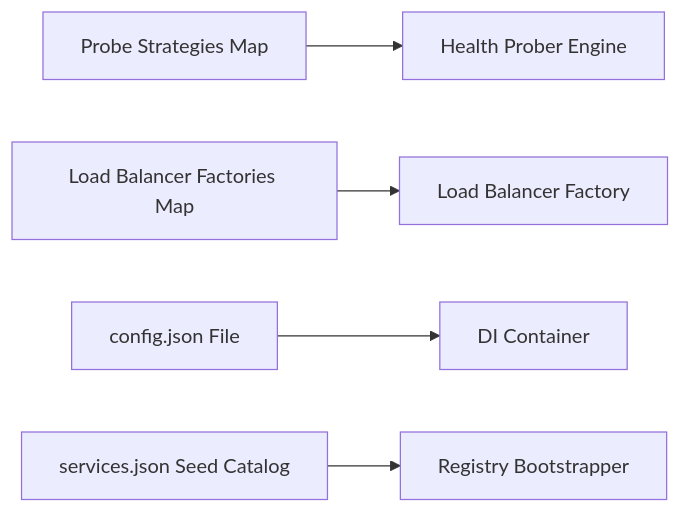
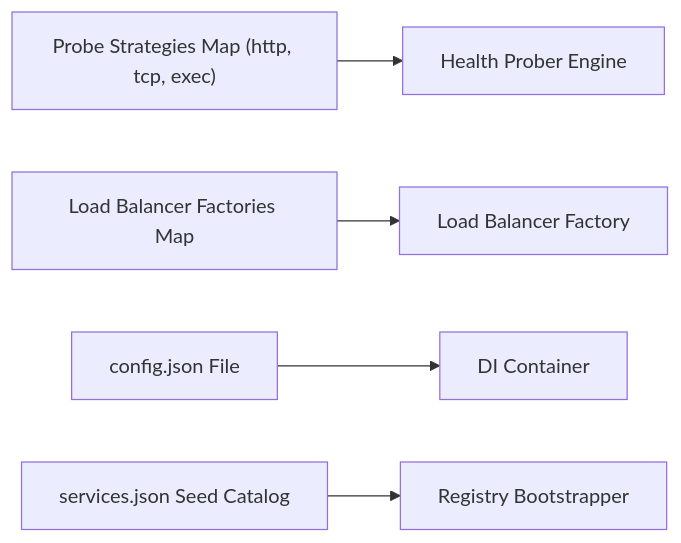
One commit to Chief-Strategist-J/llm-observability-platform changed the sixth of 6 diagrams in packages/configs/llm-obs-infra/docs/architectureDoc/adr-0009-service-registry-and-discovery.md. Above: the diagram before and after it, drawn with Mermaid. The commit also changed other lines of this file and 10 other files, not shown here.

````diff
--- a/packages/configs/llm-obs-infra/docs/architectureDoc/adr-0009-service-registry-and-discovery.md
+++ b/packages/configs/llm-obs-infra/docs/architectureDoc/adr-0009-service-registry-and-discovery.md
@@ -361,7 +336,7 @@
 ```mermaid
 graph LR
-    PStrategies["Probe Strategies Map"] --> HealthProberEngine["Health Prober Engine"]
+    PStrategies["Probe Strategies Map (http, tcp, exec)"] --> HealthProberEngine["Health Prober Engine"]
     LBFactories["Load Balancer Factories Map"] --> LoadBalancerFactory["Load Balancer Factory"]
     ConfigJSON["config.json File"] --> DIContainer["DI Container"]
     SeedJSON["services.json Seed Catalog"] --> RegistryBootstrapper["Registry Bootstrapper"]
 ```
````
